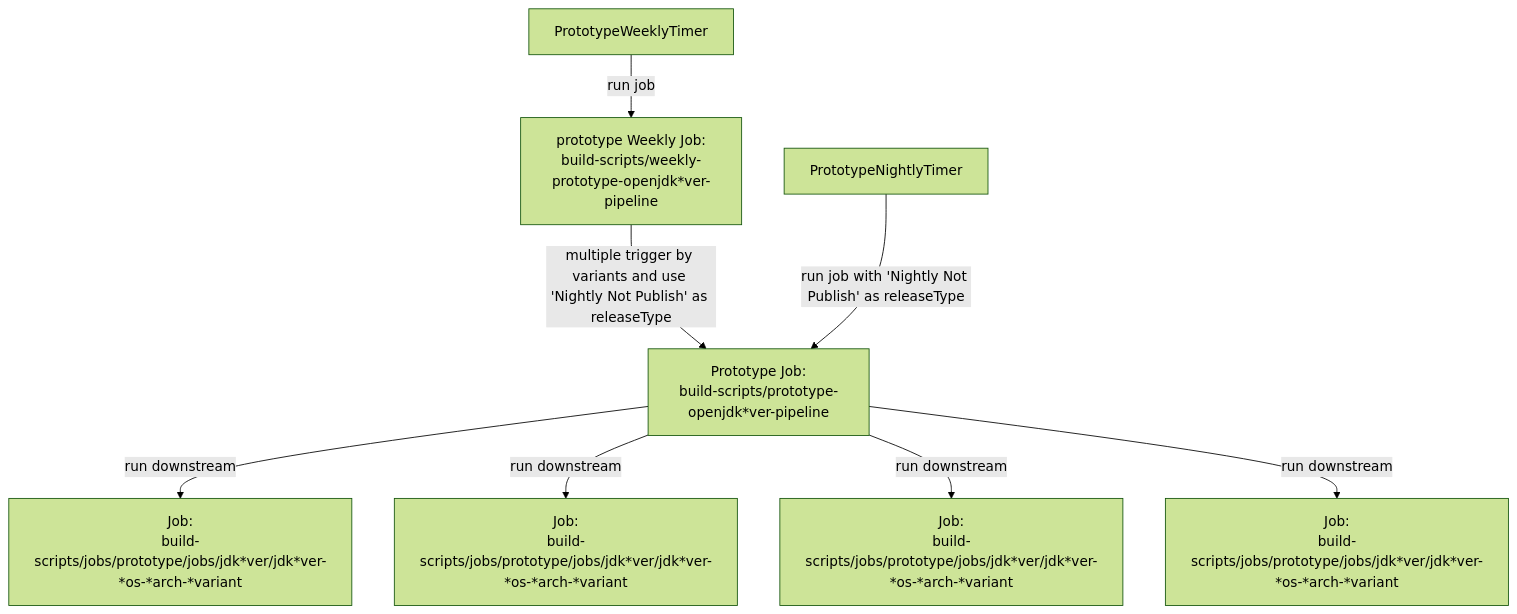
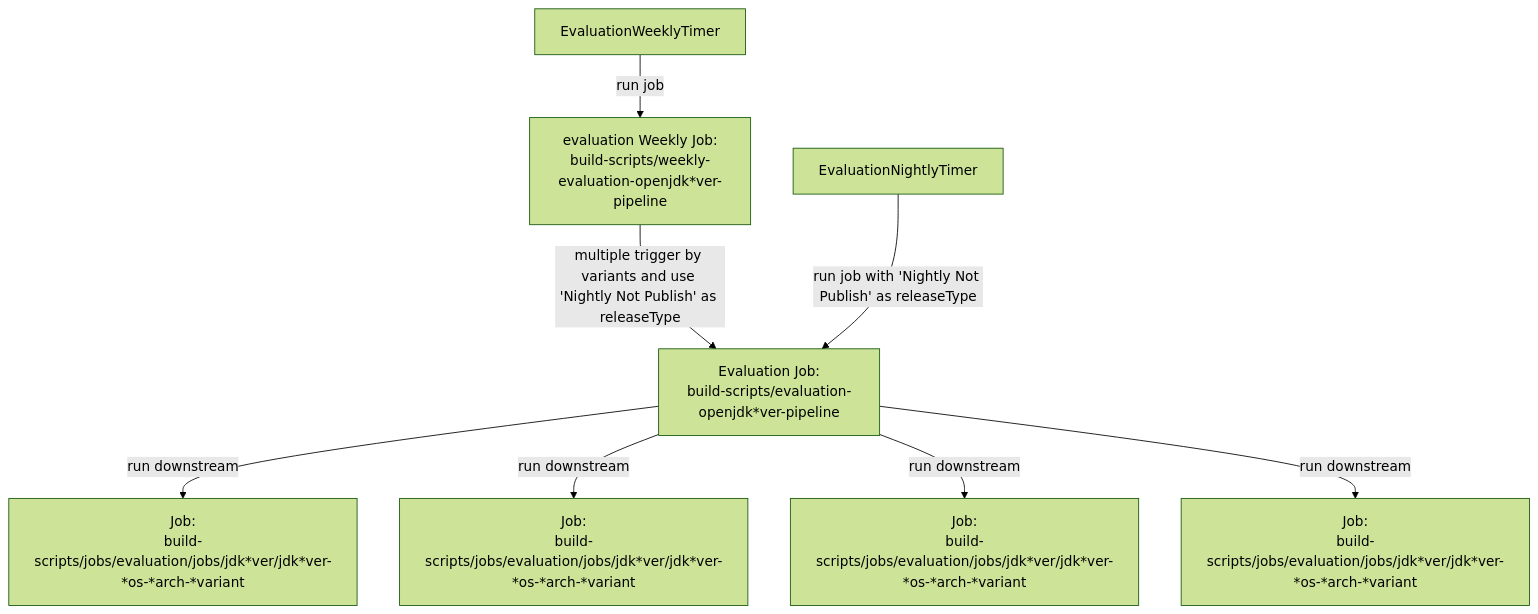
The second of 10 diagrams in docs/diagram.md (adoptium/ci-jenkins-pipelines), drawn with Mermaid (forest theme) before and after one commit. The commit also changed other lines of this file and 3 other files, not shown here.

Commit message:
docs: update from prototype to evaluation

````diff
--- a/docs/diagram.md
+++ b/docs/diagram.md
@@ -39,15 +39,15 @@
 ```mermaid
 
 flowchart TD
-PrototypeWeeklyTimer --run job--> PipelineWP["prototype Weekly Job:\nbuild-scripts/weekly-prototype-openjdk*ver-pipeline"]
+EvaluationWeeklyTimer --run job--> PipelineWP["evaluation Weekly Job:\nbuild-scripts/weekly-evaluation-openjdk*ver-pipeline"]
 
-PipelineWP --multiple trigger by variants and use 'Nightly Not Publish' as releaseType--> PipelineNP["Prototype Job:\nbuild-scripts/prototype-openjdk*ver-pipeline"]
+PipelineWP --multiple trigger by variants and use 'Nightly Not Publish' as releaseType--> PipelineNP["Evaluation Job:\nbuild-scripts/evaluation-openjdk*ver-pipeline"]
 
-PrototypeNightlyTimer --run job with 'Nightly Not Publish' as releaseType--> PipelineNP
+EvaluationNightlyTimer --run job with 'Nightly Not Publish' as releaseType--> PipelineNP
 
-PipelineNP --run downstream--> DS1P["Job:\nbuild-scripts/jobs/prototype/jobs/jdk*ver/jdk*ver-*os-*arch-*variant"]
-PipelineNP --run downstream--> DS2P["Job:\nbuild-scripts/jobs/prototype/jobs/jdk*ver/jdk*ver-*os-*arch-*variant"]
-PipelineNP --run downstream --> DS3P["Job:\nbuild-scripts/jobs/prototype/jobs/jdk*ver/jdk*ver-*os-*arch-*variant"]
-PipelineNP --run downstream --> DS12P["Job:\nbuild-scripts/jobs/prototype/jobs/jdk*ver/jdk*ver-*os-*arch-*variant"] 
+PipelineNP --run downstream--> DS1P["Job:\nbuild-scripts/jobs/evaluation/jobs/jdk*ver/jdk*ver-*os-*arch-*variant"]
+PipelineNP --run downstream--> DS2P["Job:\nbuild-scripts/jobs/evaluation/jobs/jdk*ver/jdk*ver-*os-*arch-*variant"]
+PipelineNP --run downstream --> DS3P["Job:\nbuild-scripts/jobs/evaluation/jobs/jdk*ver/jdk*ver-*os-*arch-*variant"]
+PipelineNP --run downstream --> DS12P["Job:\nbuild-scripts/jobs/evaluation/jobs/jdk*ver/jdk*ver-*os-*arch-*variant"] 
 
 ```
````
